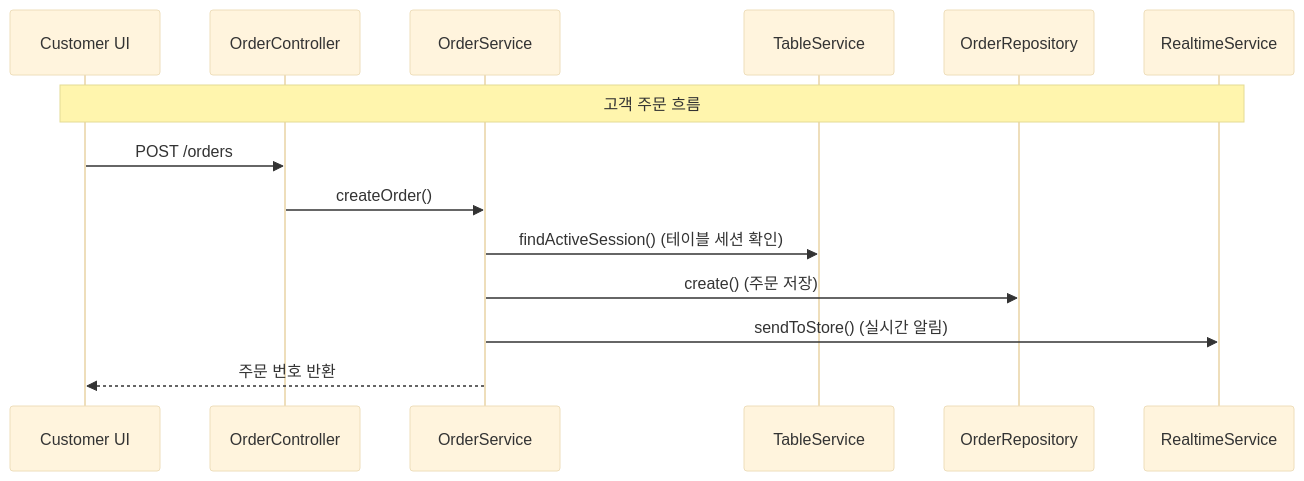
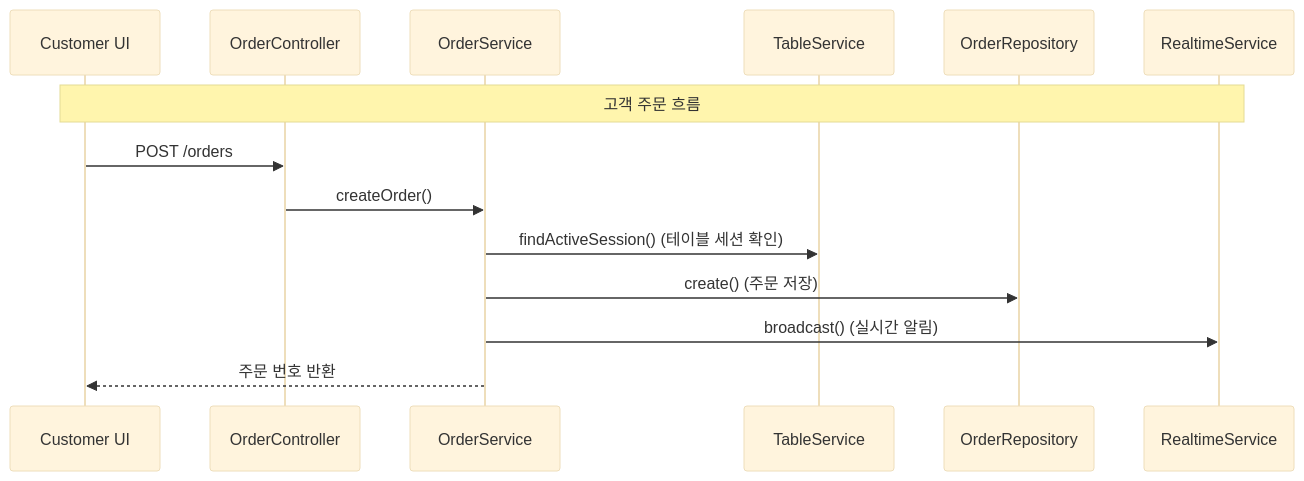
Before and after one commit to createmain/aidlc: the first of 4 diagrams in aidlc-docs/inception/application-design/component-dependency.md, drawn with Mermaid (base theme). The commit also changed other lines of this file and 13 other files, not shown here.

````diff
--- a/aidlc-docs/inception/application-design/component-dependency.md
+++ b/aidlc-docs/inception/application-design/component-dependency.md
@@ -39,17 +39,17 @@
 ```mermaid
 sequenceDiagram
     participant CUI as Customer UI
     participant OC as OrderController
     participant OS as OrderService
     participant TS as TableService
     participant OR as OrderRepository
     participant RT as RealtimeService
 
     Note over CUI, RT: 고객 주문 흐름
     CUI->>OC: POST /orders
     OC->>OS: createOrder()
     OS->>TS: findActiveSession() (테이블 세션 확인)
     OS->>OR: create() (주문 저장)
-    OS->>RT: sendToStore() (실시간 알림)
+    OS->>RT: broadcast() (실시간 알림)
     OS-->>CUI: 주문 번호 반환
 ```
````
